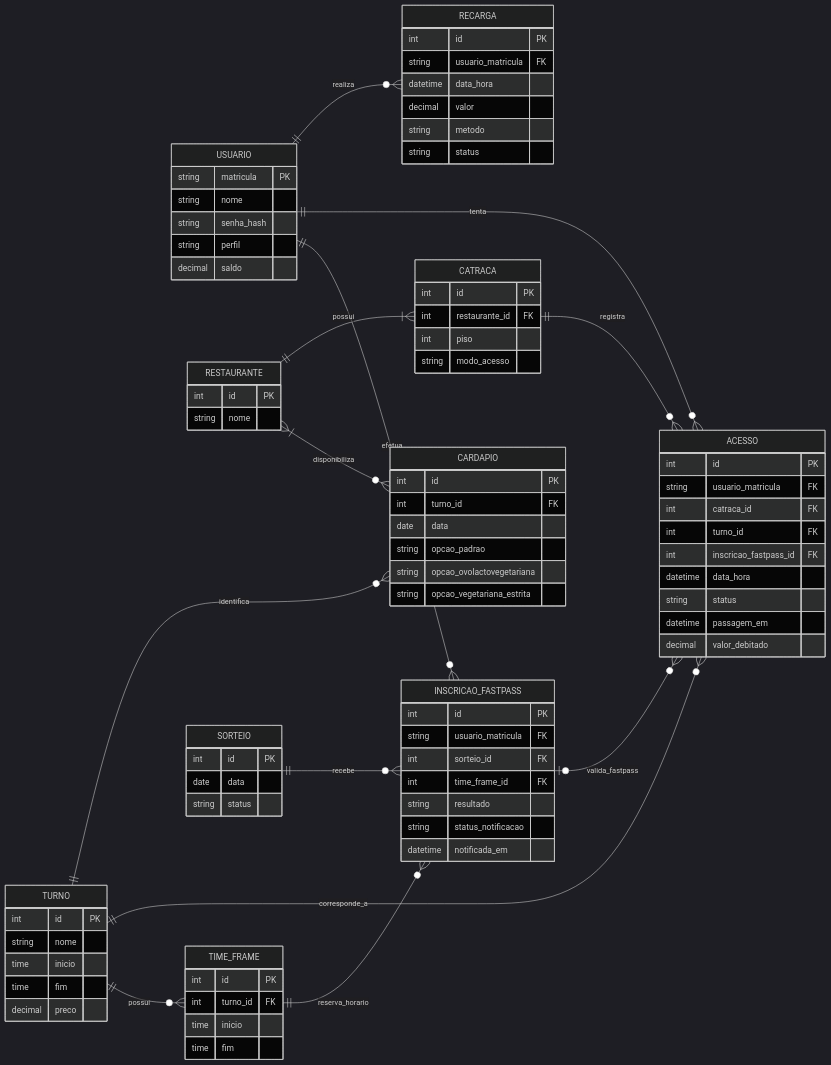
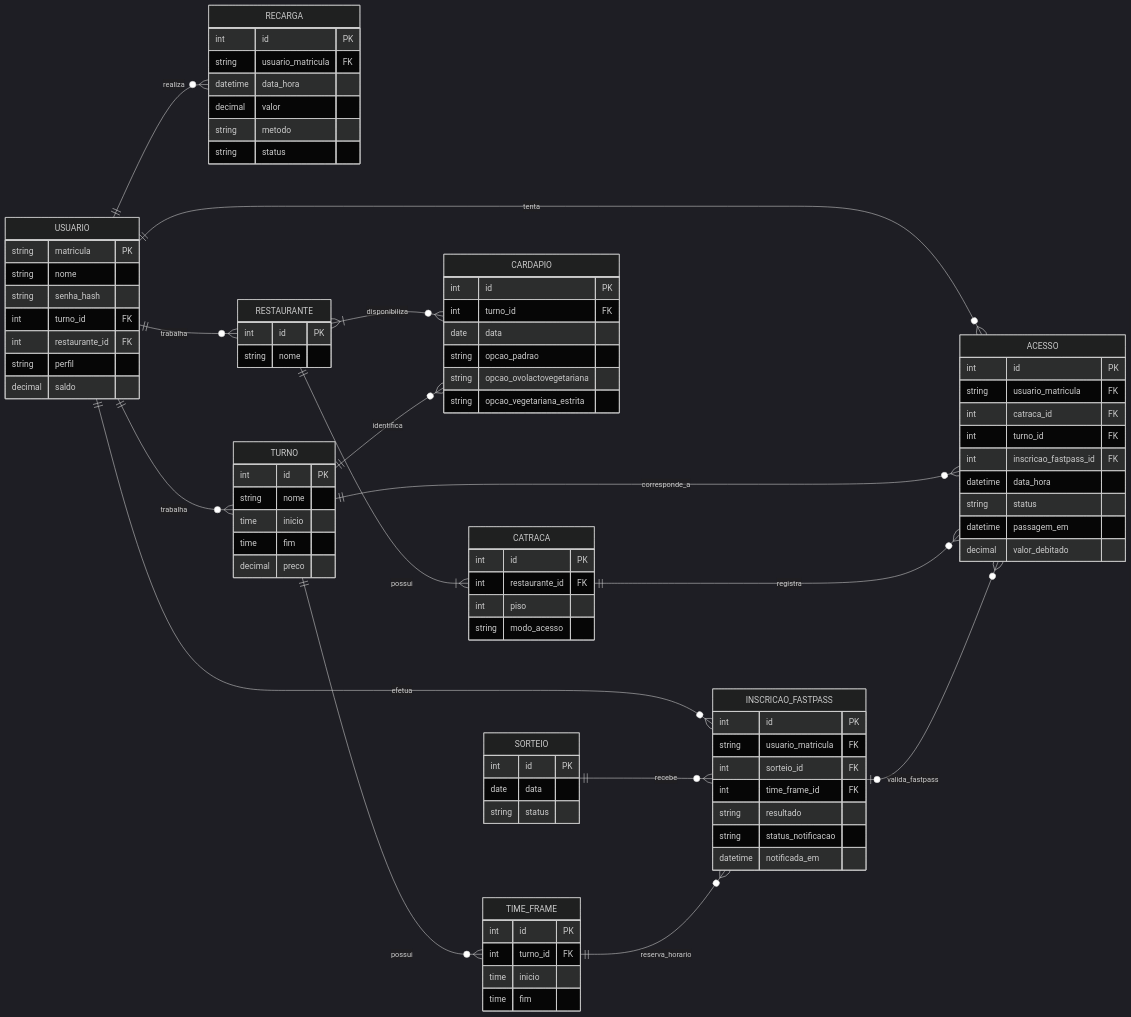
The diagram in modelagem-ER/modelo-er.mmd (Schatten900/UnB_RU), drawn with Mermaid (dark theme) before and after one commit. The commit also changed 1 other file, not shown here.

```diff
--- a/modelagem-ER/modelo-er.mmd
+++ b/modelagem-ER/modelo-er.mmd
@@ -1,95 +1,99 @@
 erDiagram
     direction LR
     USUARIO ||--o{ RECARGA : realiza
     USUARIO ||--o{ ACESSO : tenta
+    USUARIO ||--o{ TURNO : trabalha
+    USUARIO ||--o{ RESTAURANTE: trabalha
     USUARIO ||--o{ INSCRICAO_FASTPASS : efetua
     RESTAURANTE ||--|{ CATRACA : possui
     RESTAURANTE }|--o{ CARDAPIO : disponibiliza
     TURNO ||--o{ CARDAPIO : identifica
     TURNO ||--o{ ACESSO : corresponde_a
     TURNO ||--o{ TIME_FRAME : possui
     CATRACA ||--o{ ACESSO : registra
     SORTEIO ||--o{ INSCRICAO_FASTPASS : recebe
     TIME_FRAME ||--o{ INSCRICAO_FASTPASS : reserva_horario
     INSCRICAO_FASTPASS o|--o{ ACESSO : valida_fastpass
 
     USUARIO {
         string matricula PK
         string nome
         string senha_hash
+        int turno_id FK
+        int restaurante_id FK
         string perfil
         decimal saldo
     }
 
     RESTAURANTE {
         int id PK
         string nome
     }
 
     CATRACA {
         int id PK
         int restaurante_id FK
         int piso
         string modo_acesso
     }
 
     TURNO {
         int id PK
         string nome
         time inicio
         time fim
         decimal preco
     }
 
     TIME_FRAME {
         int id PK
         int turno_id FK
         time inicio
         time fim
     }
 
     CARDAPIO {
         int id PK
         int turno_id FK
         date data
         string opcao_padrao
         string opcao_ovolactovegetariana
         string opcao_vegetariana_estrita
     }
 
     RECARGA {
         int id PK
         string usuario_matricula FK
         datetime data_hora
         decimal valor
         string metodo
         string status
     }
 
     ACESSO {
         int id PK
         string usuario_matricula FK
         int catraca_id FK
         int turno_id FK
         int inscricao_fastpass_id FK
         datetime data_hora
         string status
         datetime passagem_em
         decimal valor_debitado
     }
 
     SORTEIO {
         int id PK
         date data
         string status
     }
 
     INSCRICAO_FASTPASS {
         int id PK
         string usuario_matricula FK
         int sorteio_id FK
         int time_frame_id FK
         string resultado
         string status_notificacao
         datetime notificada_em
     }
```
